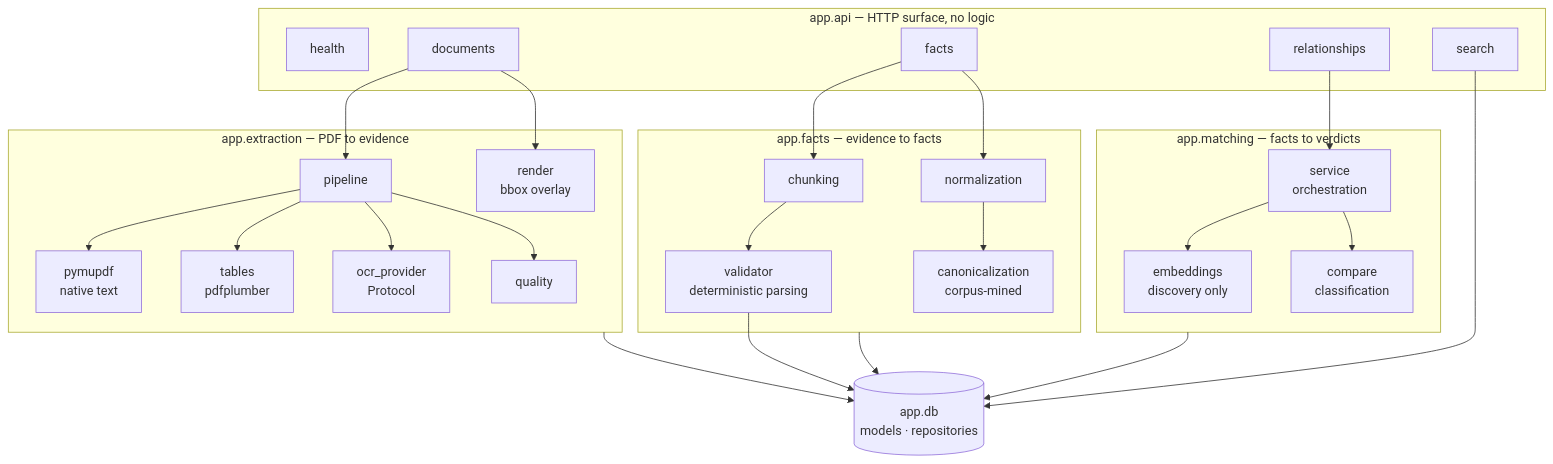
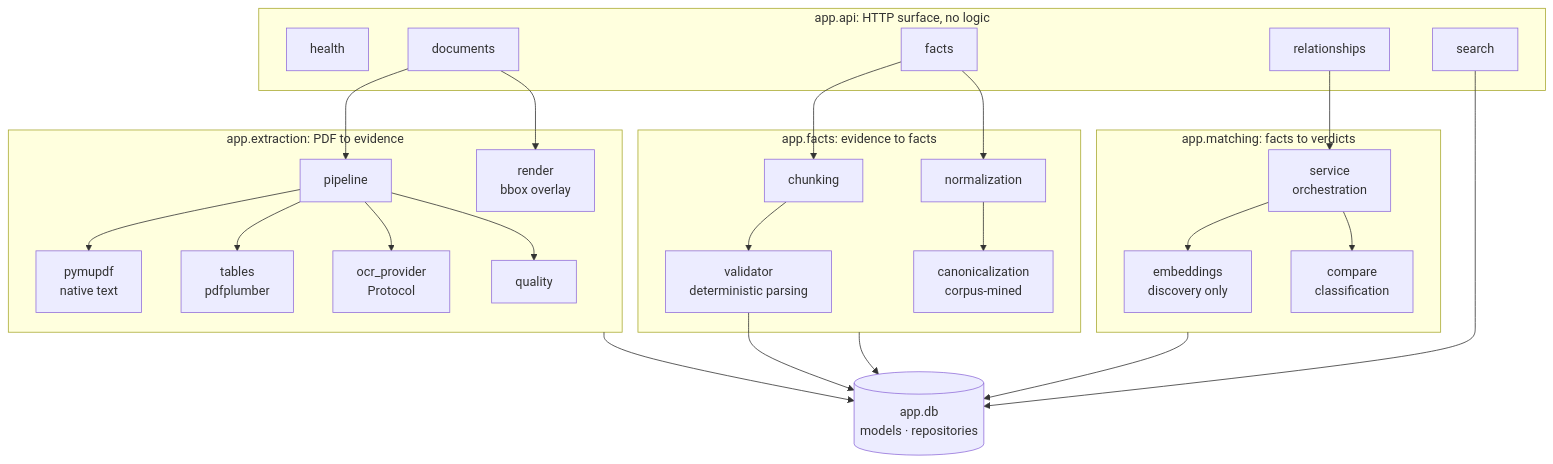
One commit to InvictusRex/Aletheia changed the second of 5 diagrams in README.md. Above: the diagram before and after it, drawn with Mermaid. The commit also changed other lines of this file and 3 other files, not shown here.

````diff
--- a/README.md
+++ b/README.md
@@ -77,45 +77,45 @@
 ```mermaid
 flowchart TB
-    subgraph api["app.api — HTTP surface, no logic"]
+    subgraph api["app.api: HTTP surface, no logic"]
         H["health"]
         DOC["documents"]
         FCT["facts"]
         REL["relationships"]
         SRCH["search"]
     end
 
-    subgraph ext["app.extraction — PDF to evidence"]
+    subgraph ext["app.extraction: PDF to evidence"]
         PIPE["pipeline"]
         PMU["pymupdf<br/>native text"]
         TBL["tables<br/>pdfplumber"]
         OCR["ocr_provider<br/>Protocol"]
         QUAL["quality"]
         RND["render<br/>bbox overlay"]
     end
 
-    subgraph facts["app.facts — evidence to facts"]
+    subgraph facts["app.facts: evidence to facts"]
         CHUNK["chunking"]
         VALID["validator<br/>deterministic parsing"]
         NORM["normalization"]
         CANON["canonicalization<br/>corpus-mined"]
     end
 
-    subgraph match["app.matching — facts to verdicts"]
+    subgraph match["app.matching: facts to verdicts"]
         EMB["embeddings<br/>discovery only"]
         CMP["compare<br/>classification"]
         MSVC["service<br/>orchestration"]
     end
 
     DB[("app.db<br/>models · repositories")]
 
     DOC --> PIPE --> PMU & TBL & OCR
     PIPE --> QUAL
     DOC --> RND
     FCT --> CHUNK --> VALID --> DB
     FCT --> NORM --> CANON
     REL --> MSVC --> EMB & CMP
     ext --> DB
     facts --> DB
     match --> DB
     SRCH --> DB
 ```
````
